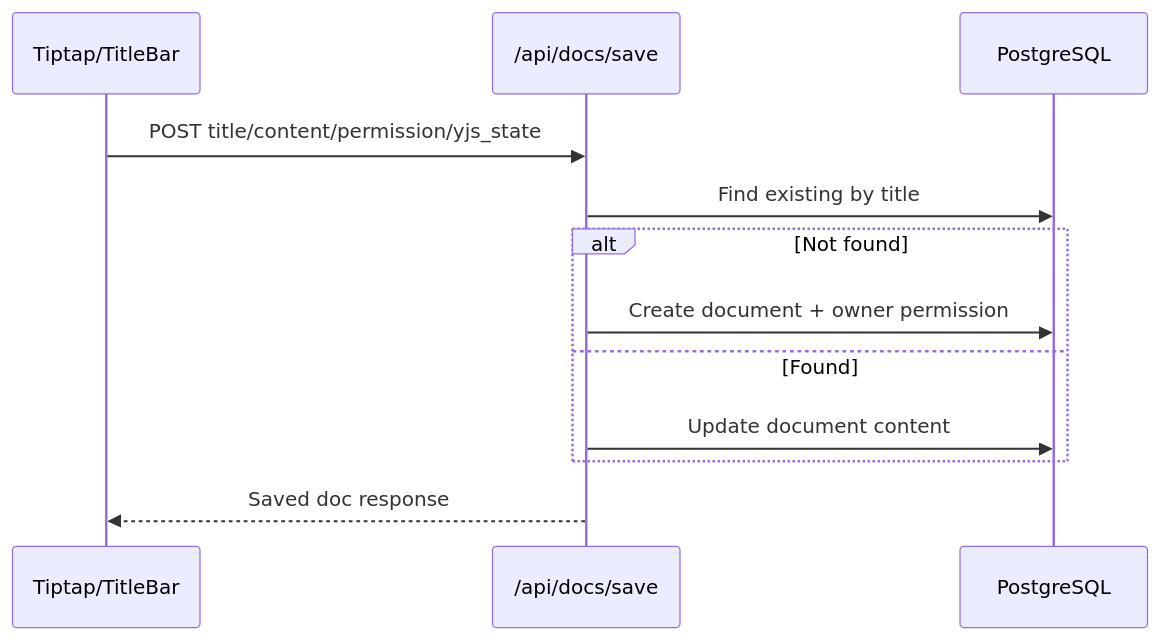
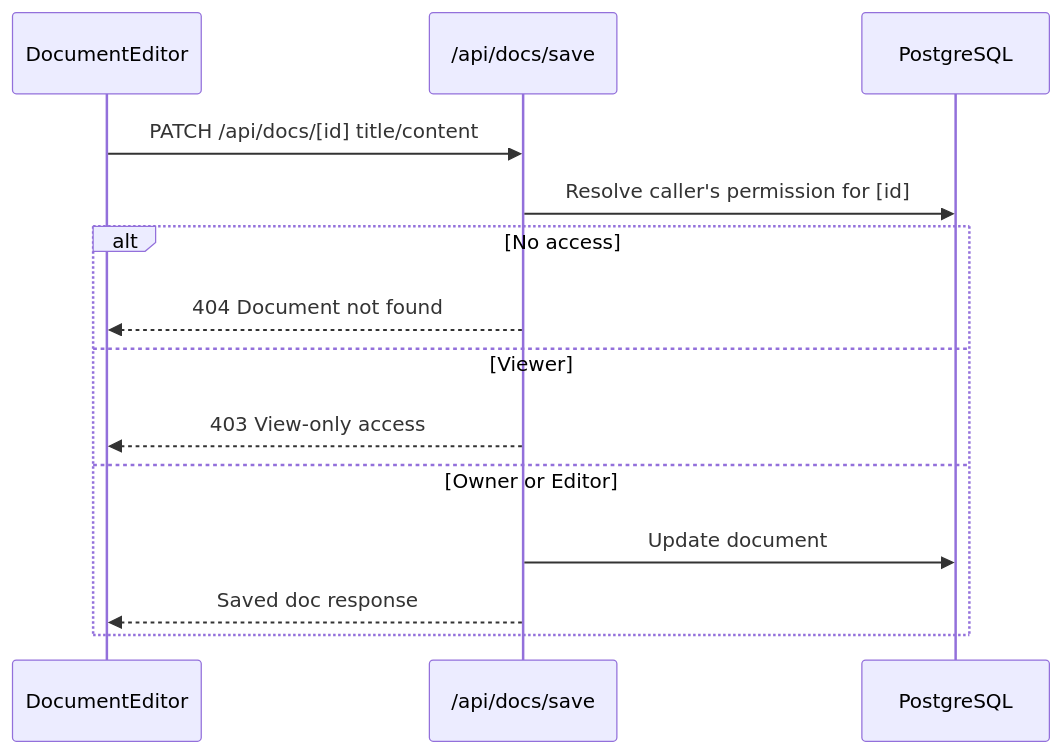
Before and after one commit to Namansingh3264/NexusEditor: the sixth of 9 diagrams in README.md, drawn with Mermaid. The commit also changed other lines of this file and 12 other files, not shown here.

````diff
--- a/README.md
+++ b/README.md
@@ -258,15 +278,17 @@
 ```mermaid
 sequenceDiagram
-    participant UI as Tiptap/TitleBar
+    participant UI as DocumentEditor
     participant API as /api/docs/save
     participant DB as PostgreSQL
 
-    UI->>API: POST title/content/permission/yjs_state
-    API->>DB: Find existing by title
-    alt Not found
-        API->>DB: Create document + owner permission
-    else Found
-        API->>DB: Update document content
+    UI->>API: PATCH /api/docs/[id] title/content
+    API->>DB: Resolve caller's permission for [id]
+    alt No access
+        API-->>UI: 404 Document not found
+    else Viewer
+        API-->>UI: 403 View-only access
+    else Owner or Editor
+        API->>DB: Update document
+        API-->>UI: Saved doc response
     end
-    API-->>UI: Saved doc response
 ```
````
